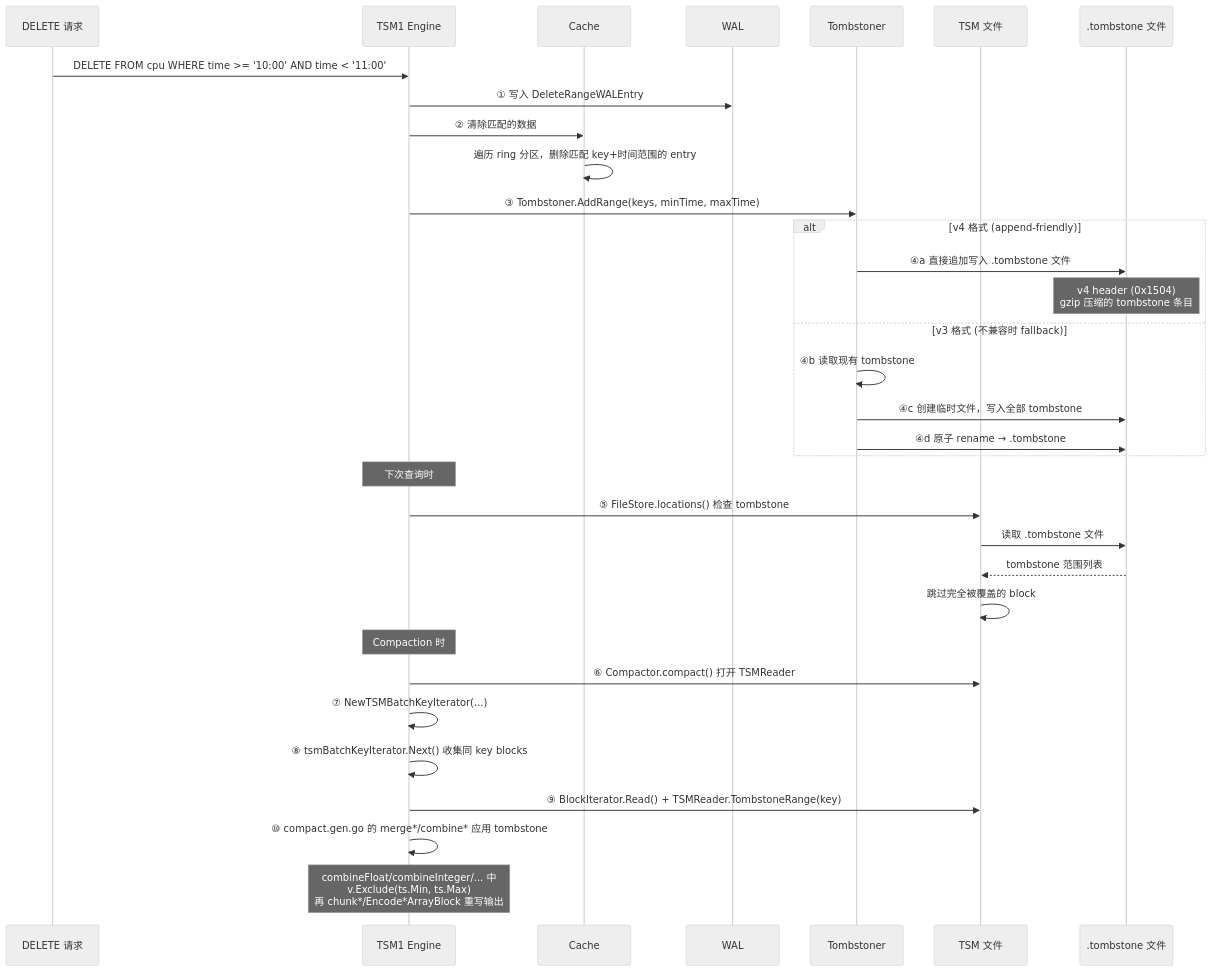
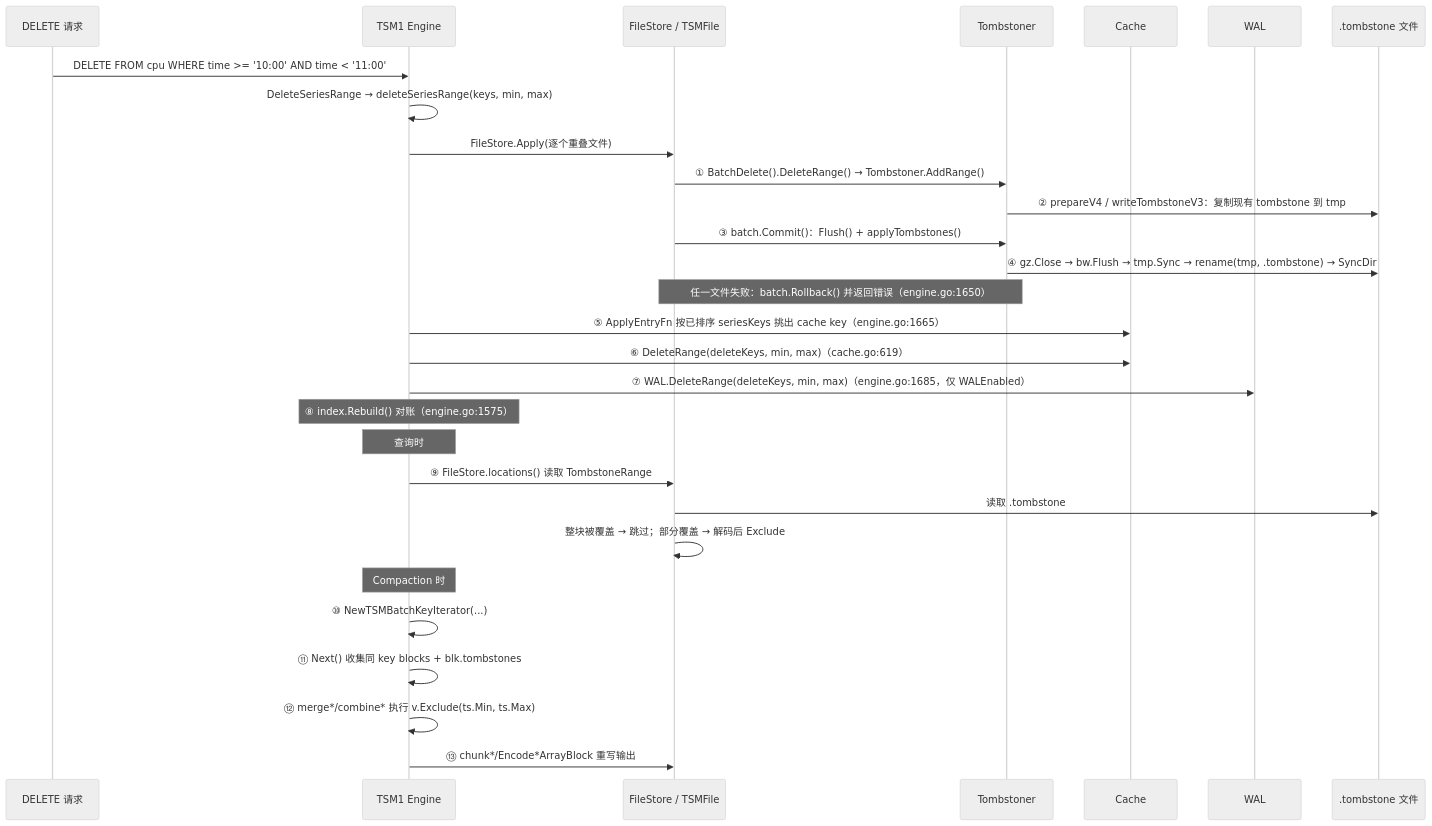
Before and after one commit to stefanv5/influxdb: diagram 19 of 20 in docs/specs/01_write_engine_spec.md, drawn with Mermaid (neutral theme). The commit also changed other lines of this file and 16 other files, not shown here.

First line of the commit message:
docs: correct and deepen the 17 architecture specs

````diff
--- a/docs/specs/01_write_engine_spec.md
+++ b/docs/specs/01_write_engine_spec.md
@@ -1894,40 +2386,34 @@
 ```mermaid
 sequenceDiagram
     participant Client as DELETE 请求
     participant Engine as TSM1 Engine
+    participant FS as FileStore / TSMFile
+    participant Tomb as Tombstoner
     participant Cache as Cache
     participant WAL as WAL
-    participant Tomb as Tombstoner
-    participant TSM as TSM 文件
     participant Disk as .tombstone 文件
 
     Client->>Engine: DELETE FROM cpu WHERE time >= '10:00' AND time < '11:00'
-    Engine->>WAL: ① 写入 DeleteRangeWALEntry
-    Engine->>Cache: ② 清除匹配的数据
-    Cache->>Cache: 遍历 ring 分区，删除匹配 key+时间范围的 entry
+    Engine->>Engine: DeleteSeriesRange → deleteSeriesRange(keys, min, max)
+    Engine->>FS: FileStore.Apply(逐个重叠文件)
+    FS->>Tomb: ① BatchDelete().DeleteRange() → Tombstoner.AddRange()
+    Tomb->>Disk: ② prepareV4 / writeTombstoneV3：复制现有 tombstone 到 tmp
+    FS->>Tomb: ③ batch.Commit()：Flush() + applyTombstones()
+    Tomb->>Disk: ④ gz.Close → bw.Flush → tmp.Sync → rename(tmp, .tombstone) → SyncDir
+    Note over FS,Tomb: 任一文件失败：batch.Rollback() 并返回错误（engine.go:1650）
+    Engine->>Cache: ⑤ ApplyEntryFn 按已排序 seriesKeys 挑出 cache key（engine.go:1665）
+    Engine->>Cache: ⑥ DeleteRange(deleteKeys, min, max)（cache.go:619）
+    Engine->>WAL: ⑦ WAL.DeleteRange(deleteKeys, min, max)（engine.go:1685，仅 WALEnabled）
+    Note over Engine: ⑧ index.Rebuild() 对账（engine.go:1575）
 
-    Engine->>Tomb: ③ Tombstoner.AddRange(keys, minTime, maxTime)
-
-    alt v4 格式 (append-friendly)
-        Tomb->>Disk: ④a 直接追加写入 .tombstone 文件
-        Note over Disk: v4 header (0x1504)<br>gzip 压缩的 tombstone 条目
-    else v3 格式 (不兼容时 fallback)
-        Tomb->>Tomb: ④b 读取现有 tombstone
-        Tomb->>Disk: ④c 创建临时文件，写入全部 tombstone
-        Tomb->>Disk: ④d 原子 rename → .tombstone
-    end
-
-    Note over Engine: 下次查询时
-    Engine->>TSM: ⑤ FileStore.locations() 检查 tombstone
-    TSM->>Disk: 读取 .tombstone 文件
-    Disk-->>TSM: tombstone 范围列表
-    TSM->>TSM: 跳过完全被覆盖的 block
+    Note over Engine: 查询时
+    Engine->>FS: ⑨ FileStore.locations() 读取 TombstoneRange
+    FS->>Disk: 读取 .tombstone
+    FS->>FS: 整块被覆盖 → 跳过；部分覆盖 → 解码后 Exclude
 
     Note over Engine: Compaction 时
-    Engine->>TSM: ⑥ Compactor.compact() 打开 TSMReader
-    Engine->>Engine: ⑦ NewTSMBatchKeyIterator(...)
-    Engine->>Engine: ⑧ tsmBatchKeyIterator.Next() 收集同 key blocks
-    Engine->>TSM: ⑨ BlockIterator.Read() + TSMReader.TombstoneRange(key)
-    Engine->>Engine: ⑩ compact.gen.go 的 merge*/combine* 应用 tombstone
-    Note over Engine: combineFloat/combineInteger/... 中<br>v.Exclude(ts.Min, ts.Max)<br>再 chunk*/Encode*ArrayBlock 重写输出
+    Engine->>Engine: ⑩ NewTSMBatchKeyIterator(...)
+    Engine->>Engine: ⑪ Next() 收集同 key blocks + blk.tombstones
+    Engine->>Engine: ⑫ merge*/combine* 执行 v.Exclude(ts.Min, ts.Max)
+    Engine->>FS: ⑬ chunk*/Encode*ArrayBlock 重写输出
 ```
````
